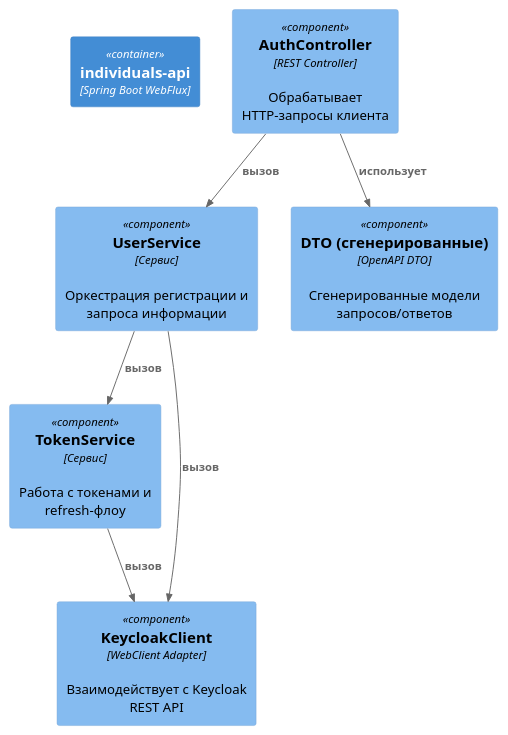
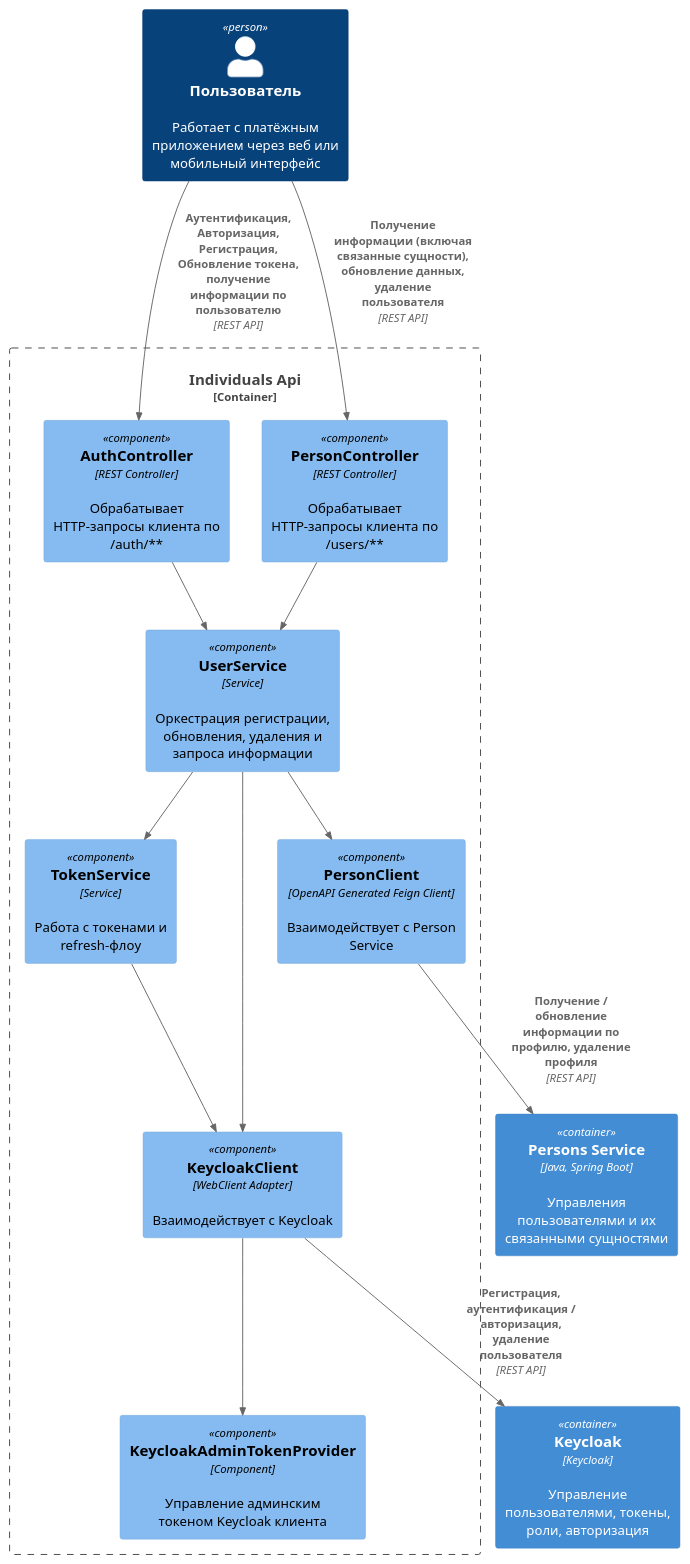
Before and after one commit to Ersted-me/payment-system: the diagram in architecture/individuals-api/Component.puml, drawn with PlantUML. The commit also changed 5 other files, not shown here.

Commit message:
update context and component diagrams

```diff
--- a/architecture/individuals-api/Component.puml
+++ b/architecture/individuals-api/Component.puml
@@ -1,17 +1,36 @@
 @startuml
-!includeurl https://raw.githubusercontent.com/plantuml-stdlib/C4-PlantUML/master/C4_Component.puml
+!include https://raw.githubusercontent.com/plantuml-stdlib/C4-PlantUML/master/C4_Component.puml
 
-Container(indApi, "individuals-api", "Spring Boot WebFlux")
 
-Component(authController, "AuthController", "REST Controller", "Обрабатывает HTTP-запросы клиента")
-Component(userService, "UserService", "Сервис", "Оркестрация регистрации и запроса информации")
-Component(tokenService, "TokenService", "Сервис", "Работа с токенами и refresh-флоу")
-Component(keycloakClient, "KeycloakClient", "WebClient Adapter", "Взаимодействует с Keycloak REST API")
-Component(dto, "DTO (сгенерированные)", "OpenAPI DTO", "Сгенерированные модели запросов/ответов")
+Container_Boundary(individuals_api, "Individuals Api") {
+    Component(authController, "AuthController", "REST Controller", "Обрабатывает HTTP-запросы клиента по /auth/**")
 
-Rel(authController, userService, "вызов")
-Rel(userService, tokenService, "вызов")
-Rel(userService, keycloakClient, "вызов")
-Rel(tokenService, keycloakClient, "вызов")
-Rel(authController, dto, "использует")
+    Component(userService, "UserService", "Service", "Оркестрация регистрации, обновления, удаления и запроса информации")
+    Component(tokenService, "TokenService", "Service", "Работа с токенами и refresh-флоу")
+
+    Component(keycloakClient, "KeycloakClient", "WebClient Adapter", "Взаимодействует с Keycloak")
+    Component(keycloakAdminTokenProvider, "KeycloakAdminTokenProvider", "Component", "Управление админским токеном Keycloak клиента")
+
+    Component(personController, "PersonController", "REST Controller", "Обрабатывает HTTP-запросы клиента по /users/**")
+    Component(personClient, "PersonClient", "OpenAPI Generated Feign Client", "Взаимодействует с Person Service")
+}
+
+Person(user, "Пользователь", "Работает с платёжным приложением через веб или мобильный интерфейс")
+Rel(user, authController, "Аутентификация, Авторизация, Регистрация, Обновление токена, получение информации по пользователю", "REST API")
+Rel(user, personController, "Получение информации (включая связанные сущности), обновление данных, удаление пользователя", "REST API")
+
+Container(keycloak, "Keycloak", "Keycloak", "Управление пользователями, токены, роли, авторизация")
+Rel(keycloakClient, keycloak, "Регистрация, аутентификация / авторизация, удаление пользователя", "REST API")
+Rel(keycloakClient, keycloakAdminTokenProvider, "")
+
+Container(persons_service, "Persons Service", "Java, Spring Boot", "Управления пользователями и их связанными сущностями")
+Rel(personClient, persons_service, "Получение / обновление информации по профилю, удаление профиля", "REST API")
+
+Rel(authController, userService,"")
+Rel(personController, userService,"")
+Rel(userService, tokenService, "")
+Rel(userService, personClient, "")
+Rel(userService, keycloakClient, "")
+Rel(tokenService, keycloakClient, "")
+
 @enduml
```
